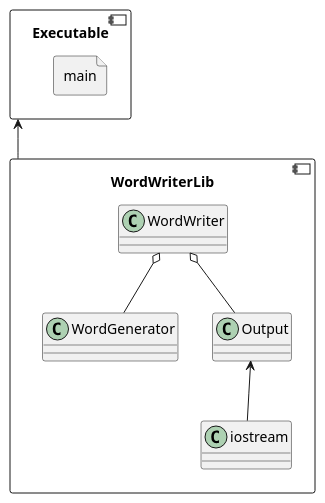
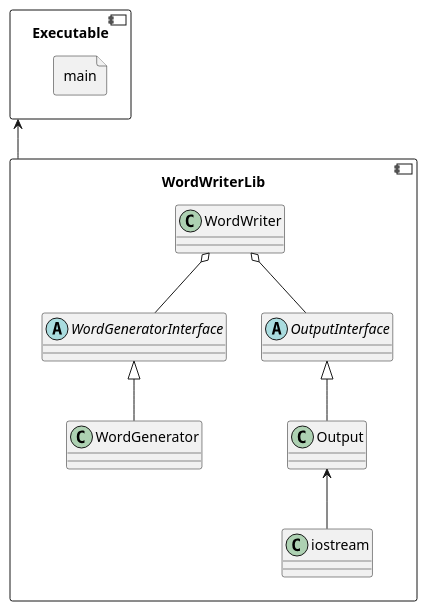
One commit to craft-coder/unit-testing-example changed the diagram in doc/classes.plantuml. Above: the diagram before and after it, drawn with PlantUML. The commit also changed 7 other files, not shown here.

```diff
--- a/doc/classes.plantuml
+++ b/doc/classes.plantuml
@@ -1,18 +1,25 @@
 allow_mixing
 
 component Executable {
     file main
 }
 
 component WordWriterLib {
     class WordWriter
+
+    abstract class WordGeneratorInterface
     class WordGenerator 
+
+    abstract class OutputInterface
     class Output 
     class iostream
 
-    WordWriter o-- Output
-    WordWriter o-- WordGenerator
+    WordWriter o-- OutputInterface
+    WordWriter o-- WordGeneratorInterface
+
+    OutputInterface <|-- Output
+    WordGeneratorInterface <|-- WordGenerator
     Output <-- iostream
 }
 
 Executable <-- WordWriterLib
```
